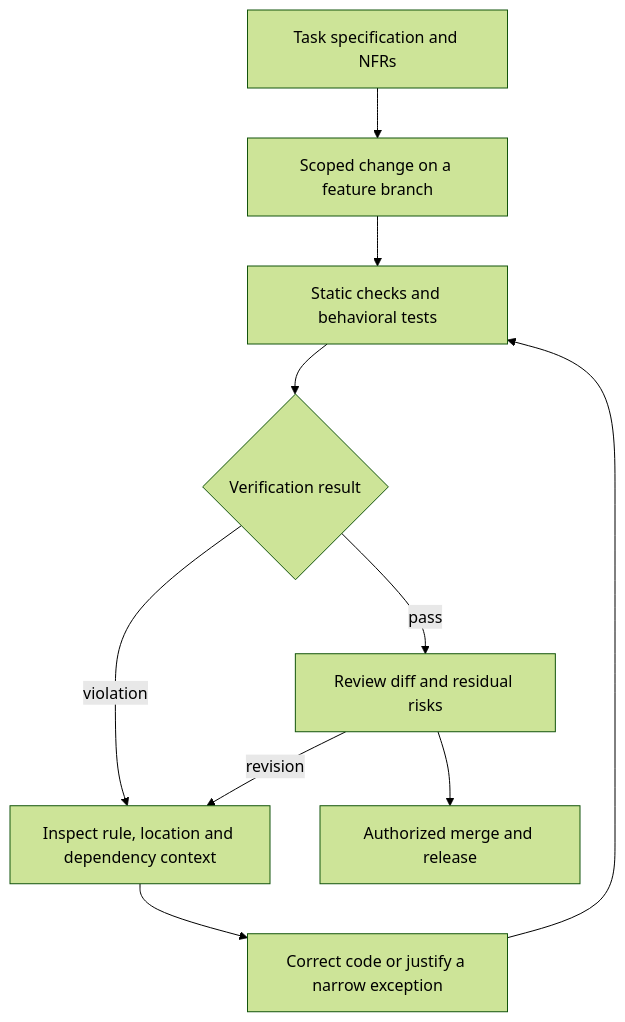
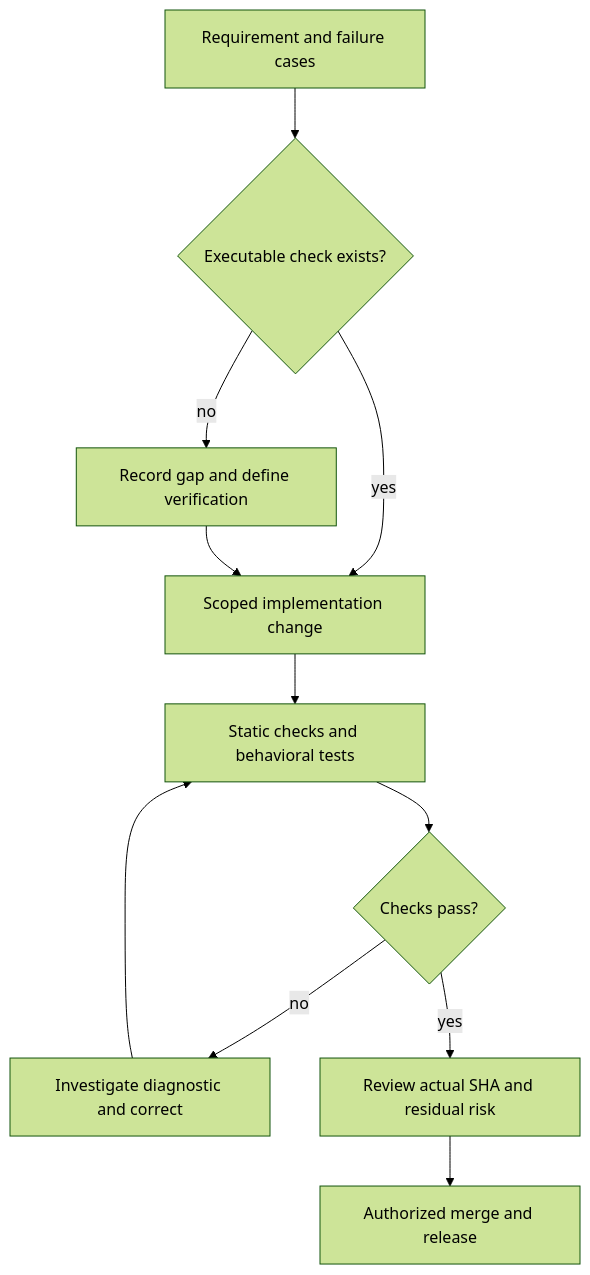
One commit to Demon5611/AI-Music-Showcase changed the third of 3 diagrams in README.md. Above: the diagram before and after it, drawn with Mermaid (forest theme). The commit also changed other lines of this file, not shown here.

Commit message:
docs: correct architecture control claims against audited main and staging snapshots

````diff
--- a/README.md
+++ b/README.md
@@ -169,12 +188,13 @@
 ```mermaid
 flowchart TD
-    Spec["Task specification and NFRs"] --> Change["Scoped change on a feature branch"]
-    Change --> Checks["Static checks and behavioral tests"]
-    Checks --> Result{"Verification result"}
-    Result -->|"violation"| Diagnose["Inspect rule, location and dependency context"]
-    Diagnose --> Correct["Correct code or justify a narrow exception"]
-    Correct --> Checks
-    Result -->|"pass"| Review["Review diff and residual risks"]
+    Requirement["Requirement and failure cases"] --> Evidence{"Executable check exists?"}
+    Evidence -->|"yes"| Change["Scoped implementation change"]
+    Evidence -->|"no"| Gap["Record gap and define verification"]
+    Gap --> Change
+    Change --> Verify["Static checks and behavioral tests"]
+    Verify --> Result{"Checks pass?"}
+    Result -->|"no"| Fix["Investigate diagnostic and correct"]
+    Fix --> Verify
+    Result -->|"yes"| Review["Review actual SHA and residual risk"]
     Review --> Release["Authorized merge and release"]
-    Review -->|"revision"| Diagnose
 ```
````
